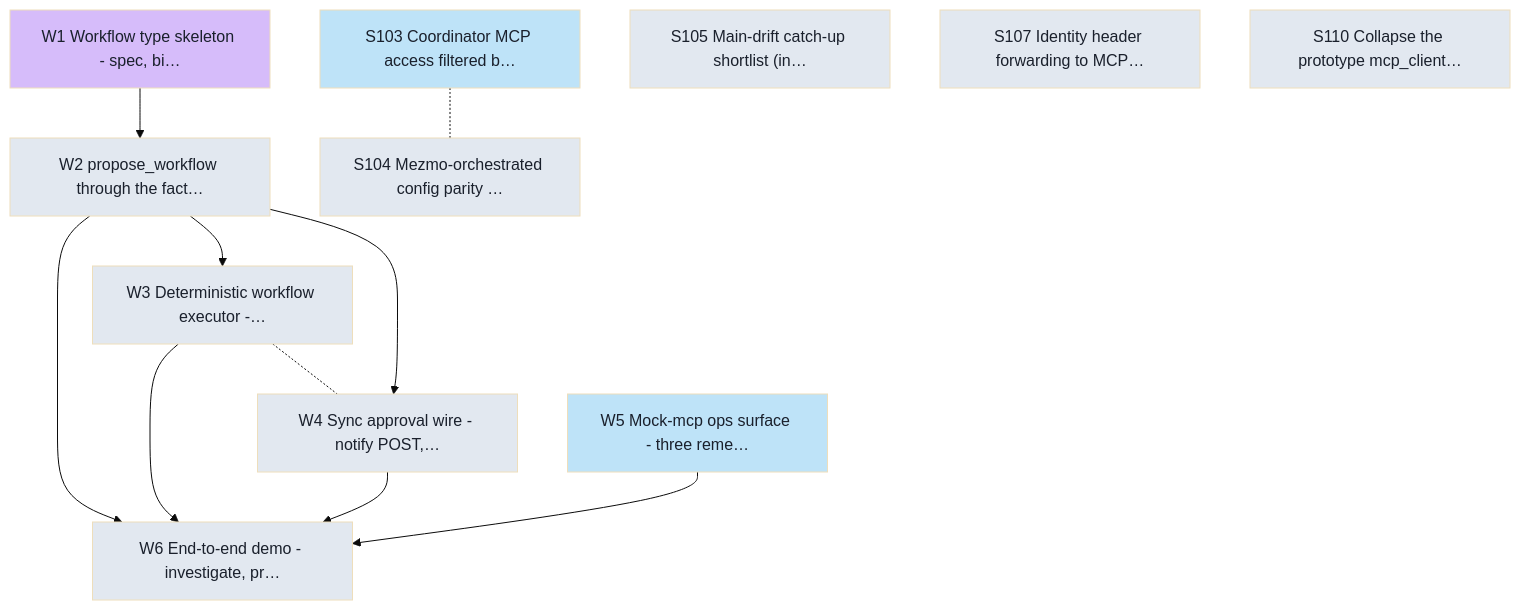
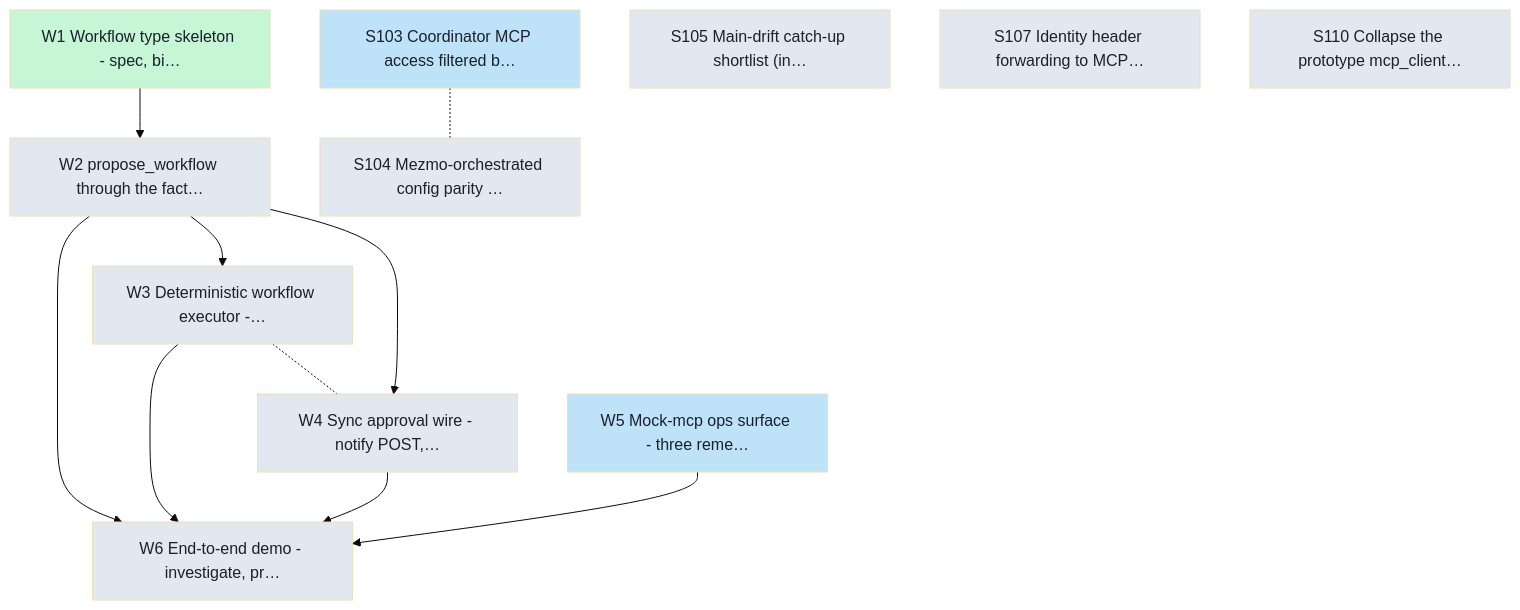
Before and after one commit to Shearerbeard/agent-driver-prototype: the diagram in docs/board/cards/graph.md, drawn with Mermaid (base theme). The commit also changed 3 other files, not shown here.

First line of the commit message:
docs(board): w1 done - landed on integration/workflow per ruling

````diff
--- a/docs/board/cards/graph.md
+++ b/docs/board/cards/graph.md
@@ -8,28 +8,28 @@
 ```mermaid
 flowchart TD
   classDef backlog fill:#e2e8f0,color:#1a202c;
   classDef ready fill:#bee3f8,color:#1a202c;
   classDef inprogress fill:#fbd38d,color:#1a202c;
   classDef inreview fill:#d6bcfa,color:#1a202c;
   classDef done fill:#c6f6d5,color:#1a202c;
-  W1["W1 Workflow type skeleton - spec, bi…"]:::inreview
+  W1["W1 Workflow type skeleton - spec, bi…"]:::done
   W2["W2 propose_workflow through the fact…"]:::backlog
   W3["W3 Deterministic workflow executor -…"]:::backlog
   W4["W4 Sync approval wire - notify POST,…"]:::backlog
   W5["W5 Mock-mcp ops surface - three reme…"]:::ready
   W6["W6 End-to-end demo - investigate, pr…"]:::backlog
   S103["S103 Coordinator MCP access filtered b…"]:::ready
   S104["S104 Mezmo-orchestrated config parity …"]:::backlog
   S105["S105 Main-drift catch-up shortlist (in…"]:::backlog
   S107["S107 Identity header forwarding to MCP…"]:::backlog
   S110["S110 Collapse the prototype mcp_client…"]:::backlog
   W1 --> W2
   W2 --> W3
   W3 -.- W4
   W2 --> W4
   W2 --> W6
   W3 --> W6
   W4 --> W6
   W5 --> W6
   S103 -.- S104
 ```
````
